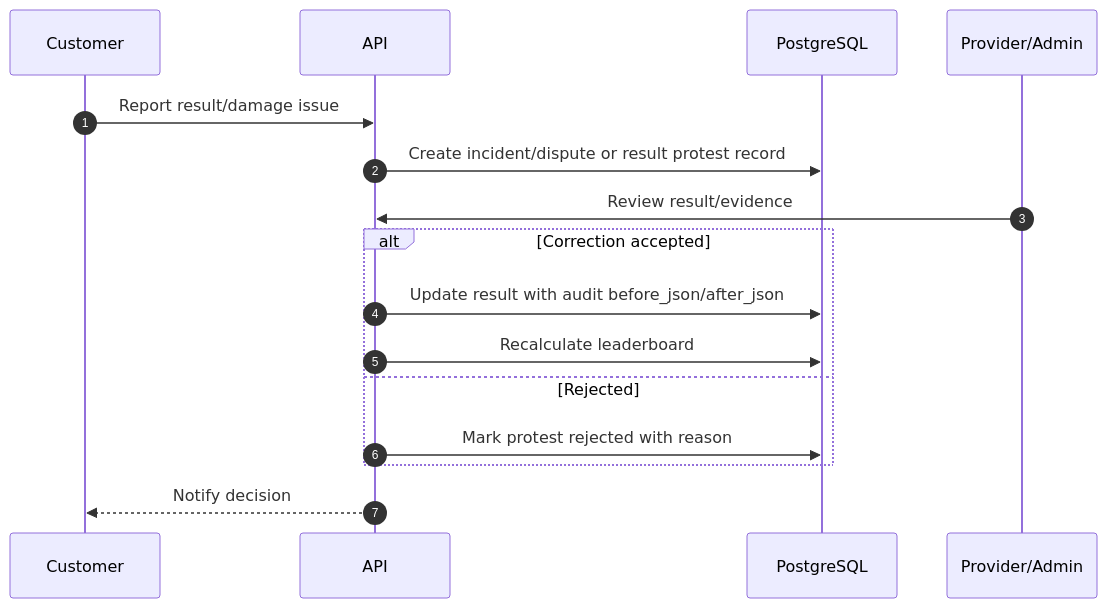
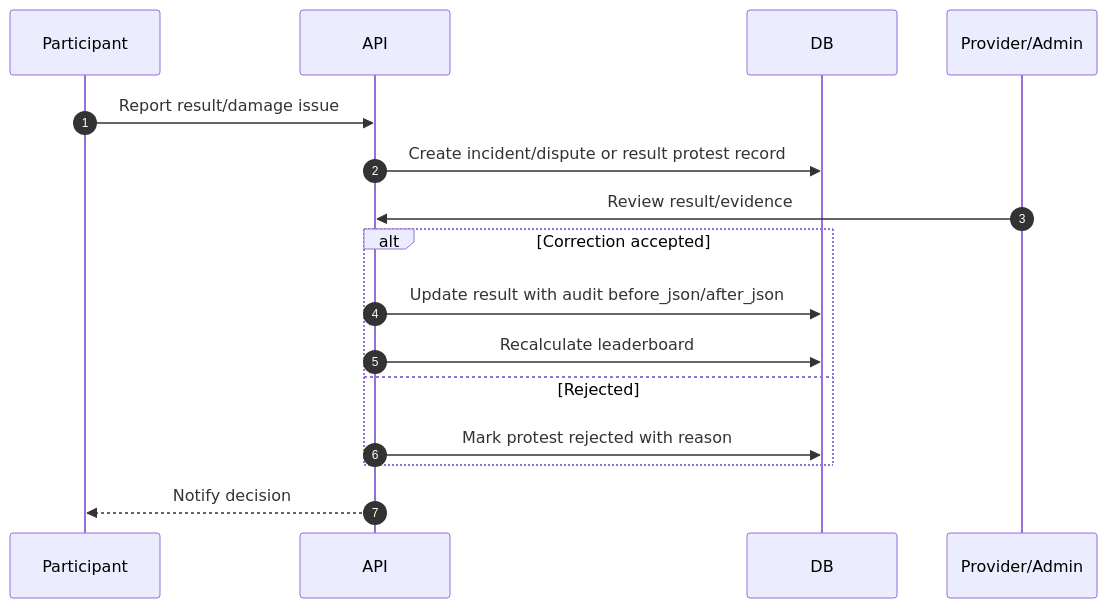
One commit to RCField-SEP490/rcfield-spec changed diagram 11 of 11 in docs/diagrams/sequence/sequence-flow-contest-lifecycle.md. Above: the diagram before and after it, drawn with Mermaid. The commit also changed other lines of this file and 6 other files, not shown here.

Commit message:
docs: update contest multi-branch flow

````diff
--- a/docs/diagrams/sequence/sequence-flow-contest-lifecycle.md
+++ b/docs/diagrams/sequence/sequence-flow-contest-lifecycle.md
@@ -347,19 +340,19 @@
 ```mermaid
 sequenceDiagram
     autonumber
-    participant C as Customer
+    participant C as Participant
     participant API as API
-    participant DB as PostgreSQL
+    participant DB as DB
     participant Admin as Provider/Admin
 
     C->>API: Report result/damage issue
     API->>DB: Create incident/dispute or result protest record
     Admin->>API: Review result/evidence
     alt Correction accepted
         API->>DB: Update result with audit before_json/after_json
         API->>DB: Recalculate leaderboard
     else Rejected
         API->>DB: Mark protest rejected with reason
     end
     API-->>C: Notify decision
 ```
````
